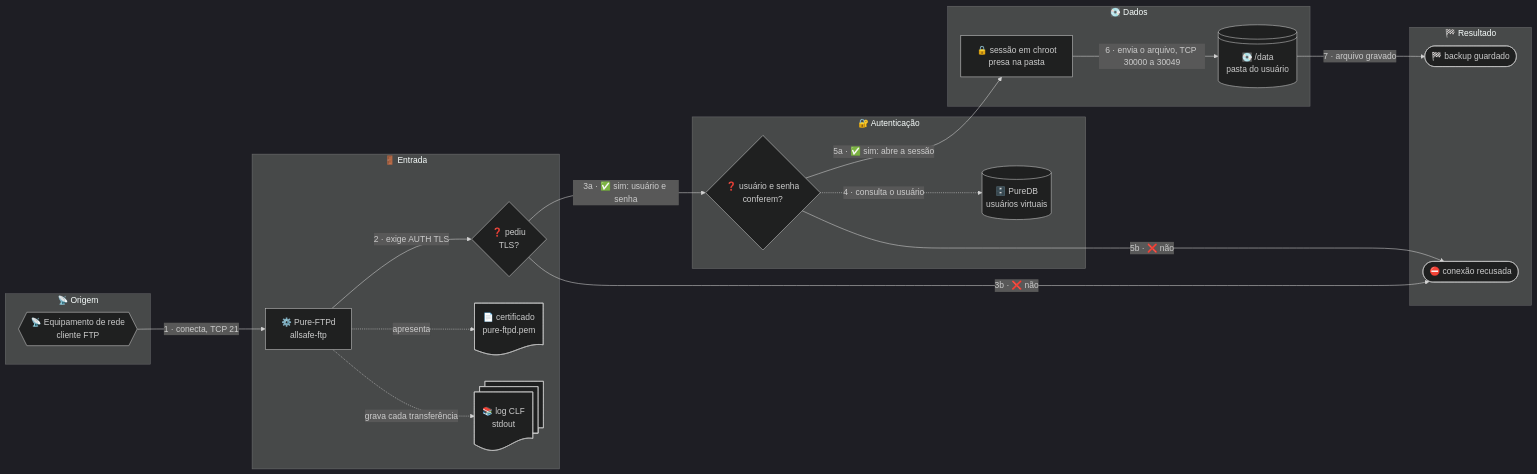
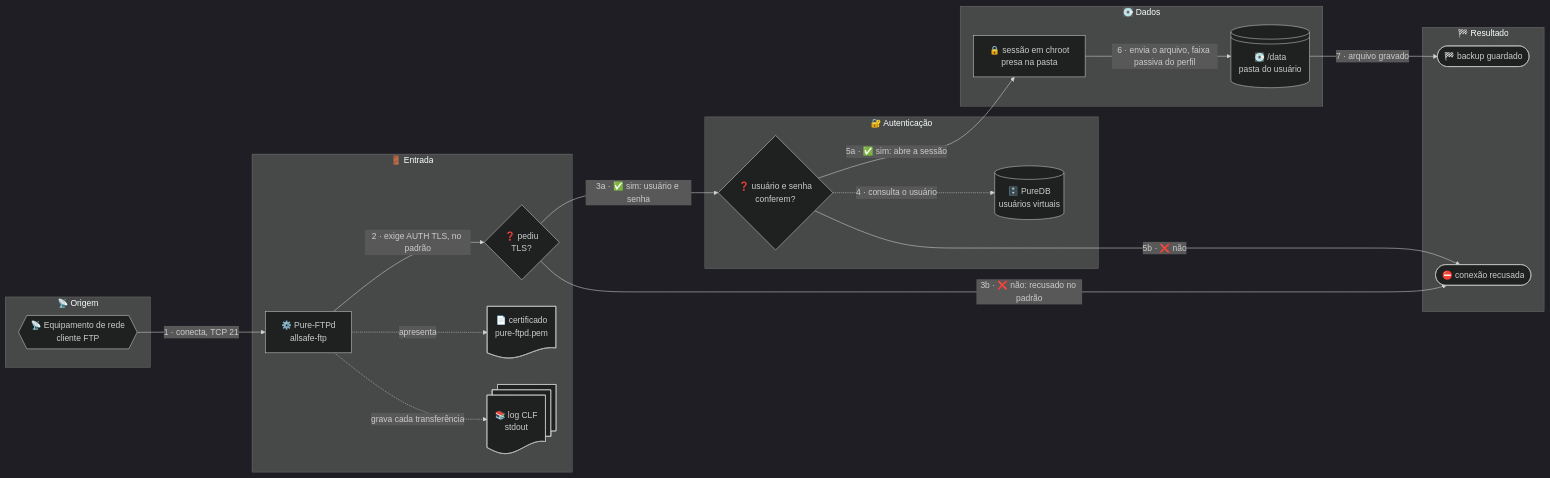
The diagram in doc/diagramas/funcionamento-fluxograma.mmd (CarlosSuporteISP/allsafe-ftp-stack), drawn with Mermaid before and after one commit. The commit also changed 36 other files, not shown here.

```diff
--- a/doc/diagramas/funcionamento-fluxograma.mmd
+++ b/doc/diagramas/funcionamento-fluxograma.mmd
@@ -1,35 +1,35 @@
 %%{init: {"theme": "dark"}}%%
 flowchart LR
     subgraph ORIGEM["📡 Origem"]
         equip@{ shape: hex, label: "📡 Equipamento de rede<br>cliente FTP" }
     end
     subgraph ENTRADA["🚪 Entrada"]
         ftp@{ shape: rect, label: "⚙️ Pure-FTPd<br>allsafe-ftp" }
         tls@{ shape: diam, label: "❓ pediu<br>TLS?" }
         cert@{ shape: doc, label: "📄 certificado<br>pure-ftpd.pem" }
         logs@{ shape: docs, label: "📚 log CLF<br>stdout" }
     end
     subgraph AUTH["🔐 Autenticação"]
         login@{ shape: diam, label: "❓ usuário e senha<br>conferem?" }
         puredb@{ shape: cyl, label: "🗄️ PureDB<br>usuários virtuais" }
     end
     subgraph DADOS["💽 Dados"]
         sessao@{ shape: rect, label: "🔒 sessão em chroot<br>presa na pasta" }
         dados@{ shape: lin-cyl, label: "💽 /data<br>pasta do usuário" }
     end
     subgraph RESULTADO["🏁 Resultado"]
         fim@{ shape: stadium, label: "🏁 backup guardado" }
         recusa@{ shape: stadium, label: "⛔ conexão recusada" }
     end
 
     equip -- "1 · conecta, TCP 21" --> ftp
-    ftp -- "2 · exige AUTH TLS" --> tls
+    ftp -- "2 · exige AUTH TLS, no padrão" --> tls
     tls -- "3a · ✅ sim: usuário e senha" --> login
-    tls -- "3b · ❌ não" --> recusa
+    tls -- "3b · ❌ não: recusado no padrão" --> recusa
     login -. "4 · consulta o usuário" .-> puredb
     login -- "5a · ✅ sim: abre a sessão" --> sessao
     login -- "5b · ❌ não" --> recusa
-    sessao -- "6 · envia o arquivo, TCP 30000 a 30049" --> dados
+    sessao -- "6 · envia o arquivo, faixa passiva do perfil" --> dados
     dados -- "7 · arquivo gravado" --> fim
     ftp -. "apresenta" .-> cert
     ftp -. "grava cada transferência" .-> logs
```
